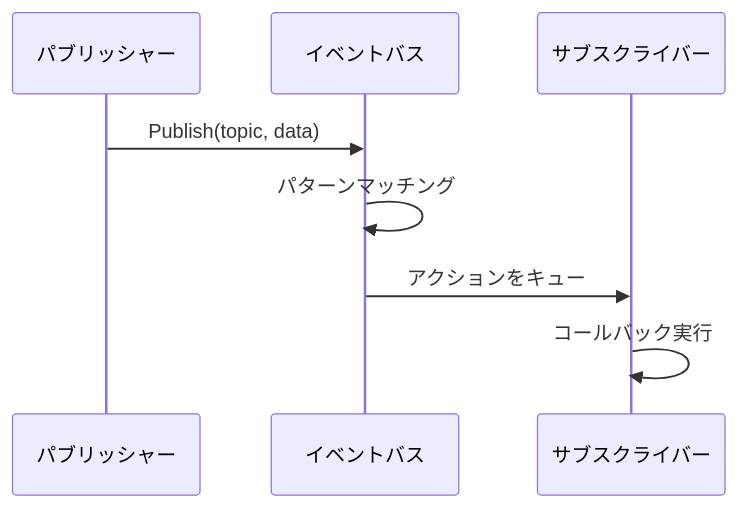
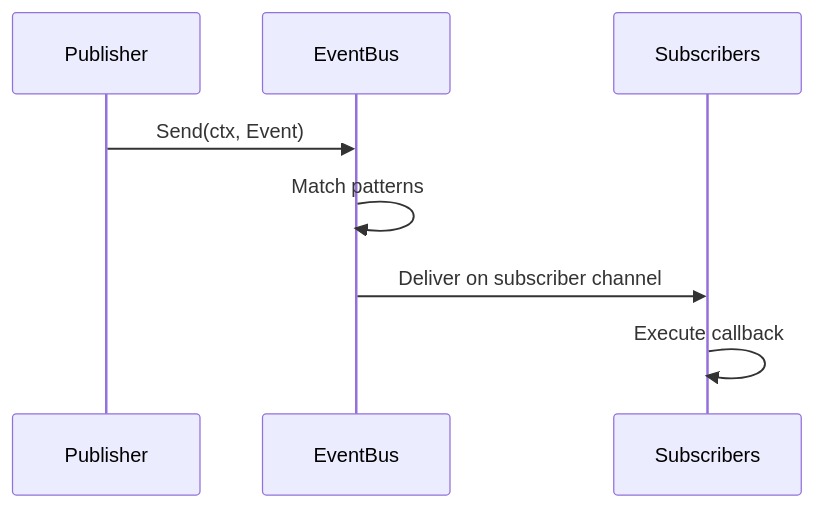
Before and after one commit to wippyai/docs: the first of 3 diagrams in ja/internals/architecture.md, drawn with Mermaid. The commit also changed other lines of this file and 870 other files, not shown here.

````diff
--- a/ja/internals/architecture.md
+++ b/ja/internals/architecture.md
@@ -109,11 +108,11 @@
 ```mermaid
 sequenceDiagram
-    participant P as パブリッシャー
-    participant B as イベントバス
-    participant S as サブスクライバー
+    participant P as Publisher
+    participant B as EventBus
+    participant S as Subscribers
 
-    P->>B: Publish(topic, data)
-    B->>B: パターンマッチング
-    B->>S: アクションをキュー
-    S->>S: コールバック実行
+    P->>B: Send(ctx, Event)
+    B->>B: Match patterns
+    B->>S: Deliver on subscriber channel
+    S->>S: Execute callback
 ```
````
